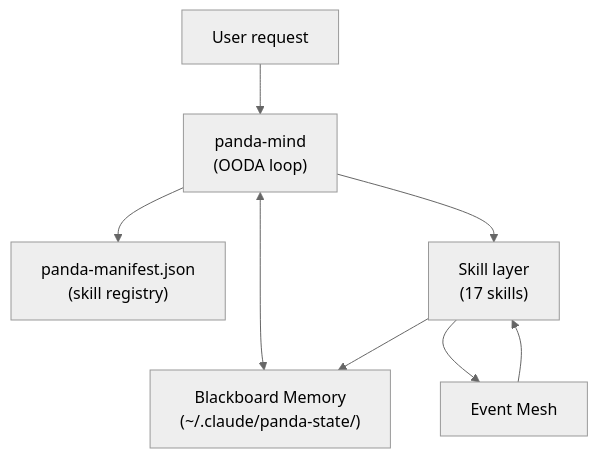
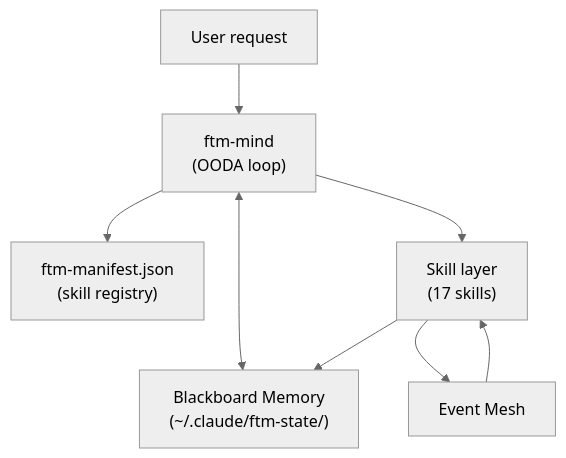
Before and after one commit to kkudumu/feed-the-machine: the first of 6 diagrams in docs/ARCHITECTURE.md, drawn with Mermaid (neutral theme). The commit also changed other lines of this file and 199 other files, not shown here.

First line of the commit message:
refactor: rename panda → FTM across entire skill ecosystem

````diff
--- a/docs/ARCHITECTURE.md
+++ b/docs/ARCHITECTURE.md
@@ -22,17 +22,17 @@
 ```mermaid
 graph TD
     User["User request"]
-    Mind["panda-mind\n(OODA loop)"]
-    Blackboard["Blackboard Memory\n(~/.claude/panda-state/)"]
-    Manifest["panda-manifest.json\n(skill registry)"]
+    Mind["ftm-mind\n(OODA loop)"]
+    Blackboard["Blackboard Memory\n(~/.claude/ftm-state/)"]
+    Manifest["ftm-manifest.json\n(skill registry)"]
     Skills["Skill layer\n(17 skills)"]
     Events["Event Mesh"]
 
     User --> Mind
     Mind <--> Blackboard
     Mind --> Manifest
     Mind --> Skills
     Skills --> Events
     Events --> Skills
     Skills --> Blackboard
 ```
````
